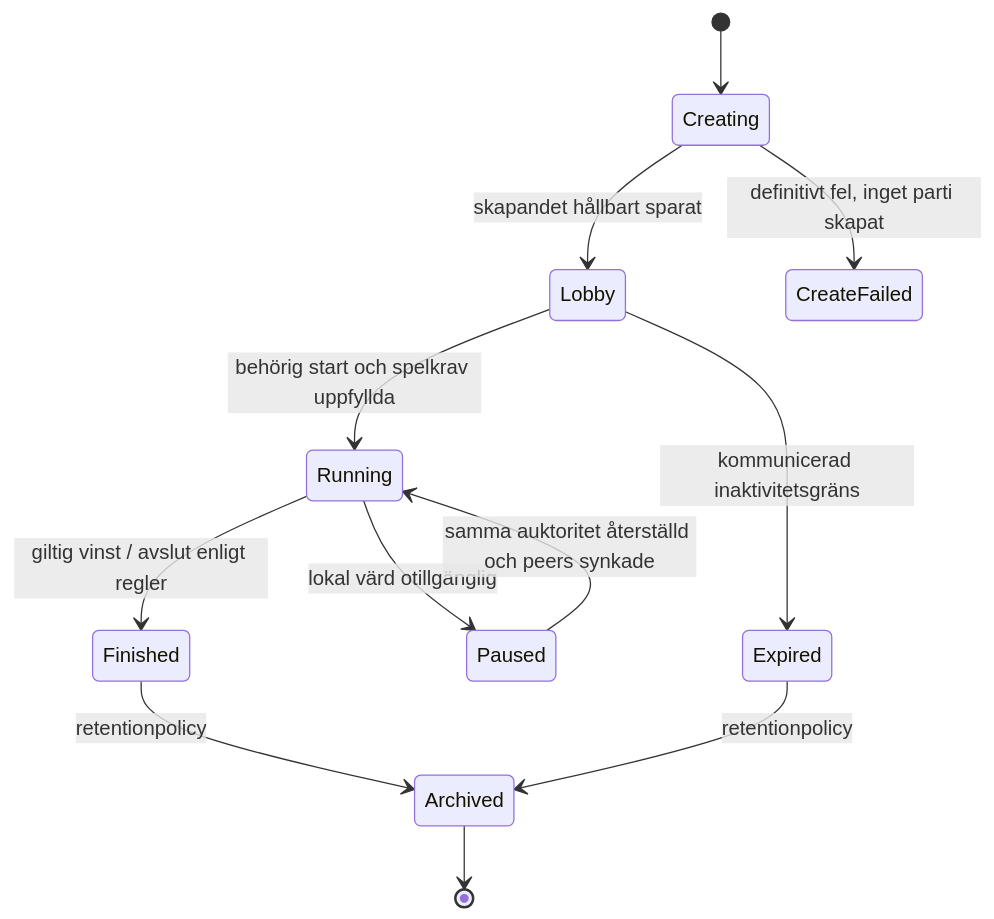
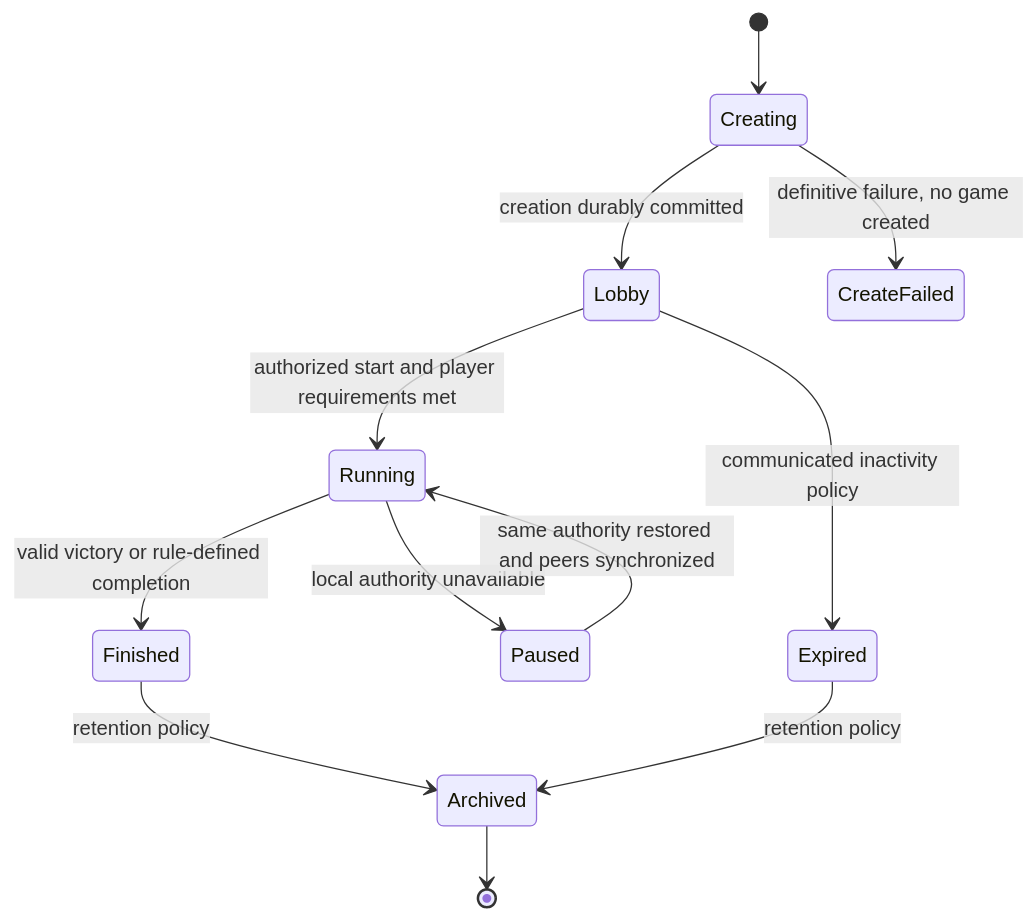
Before and after one commit to stefanavesand/OpenCatan: the fifth of 5 diagrams in docs/HLD.md, drawn with Mermaid. The commit also changed other lines of this file and 25 other files, not shown here.

````diff
--- a/docs/HLD.md
+++ b/docs/HLD.md
@@ -202,14 +202,14 @@
 ```mermaid
 stateDiagram-v2
   [*] --> Creating
-  Creating --> Lobby: skapandet hållbart sparat
-  Creating --> CreateFailed: definitivt fel, inget parti skapat
-  Lobby --> Running: behörig start och spelkrav uppfyllda
-  Lobby --> Expired: kommunicerad inaktivitetsgräns
-  Running --> Finished: giltig vinst / avslut enligt regler
-  Running --> Paused: lokal värd otillgänglig
-  Paused --> Running: samma auktoritet återställd och peers synkade
-  Finished --> Archived: retentionpolicy
-  Expired --> Archived: retentionpolicy
+  Creating --> Lobby: creation durably committed
+  Creating --> CreateFailed: definitive failure, no game created
+  Lobby --> Running: authorized start and player requirements met
+  Lobby --> Expired: communicated inactivity policy
+  Running --> Finished: valid victory or rule-defined completion
+  Running --> Paused: local authority unavailable
+  Paused --> Running: same authority restored and peers synchronized
+  Finished --> Archived: retention policy
+  Expired --> Archived: retention policy
   Archived --> [*]
 ```
````
